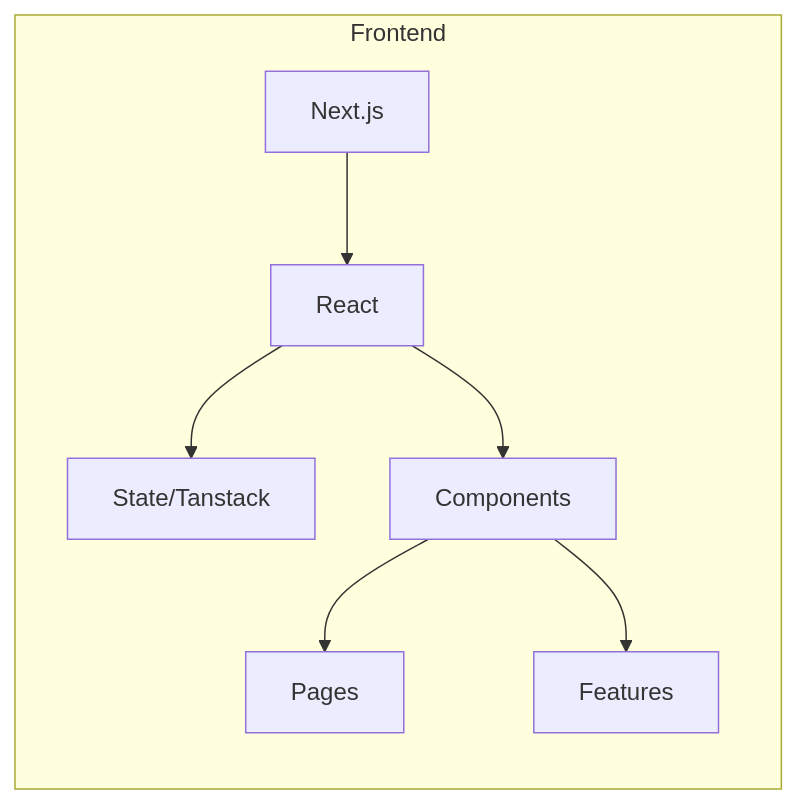
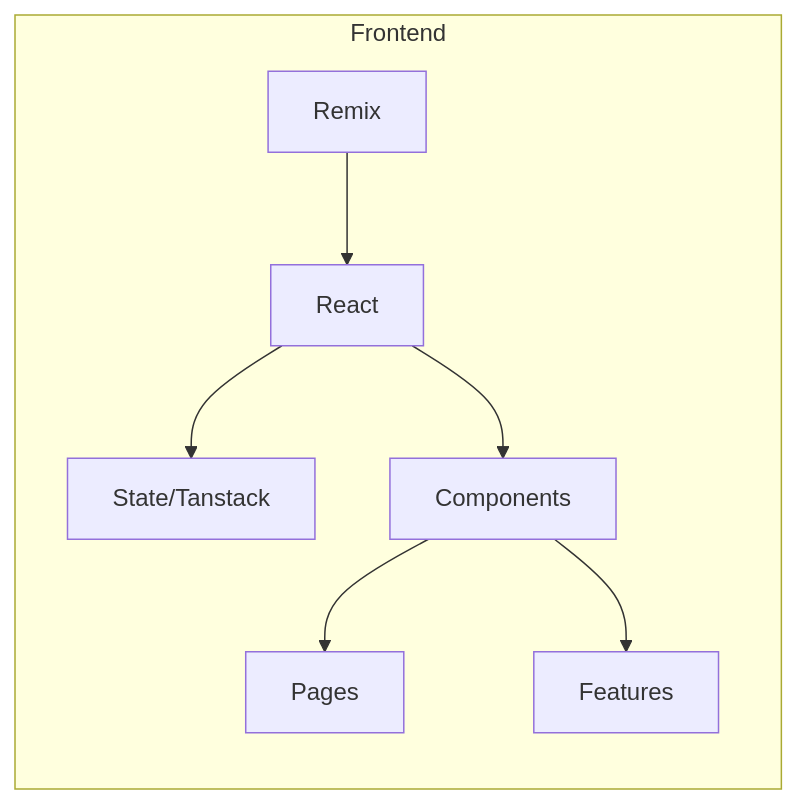
Before and after one commit to glenmiracle18/cell-connect: the ninth of 26 diagrams in docs/DOCUMENTATION.md, drawn with Mermaid. The commit also changed other lines of this file, not shown here.

````diff
--- a/docs/DOCUMENTATION.md
+++ b/docs/DOCUMENTATION.md
@@ -243,10 +244,10 @@
 ```mermaid
 graph LR
     subgraph Frontend
-        N[Next.js] --> R[React]
+        N[Remix] --> R[React]
         R --> S[State/Tanstack]
         R --> C[Components]
         C --> P[Pages]
         C --> F[Features]
     end
 ```
````
